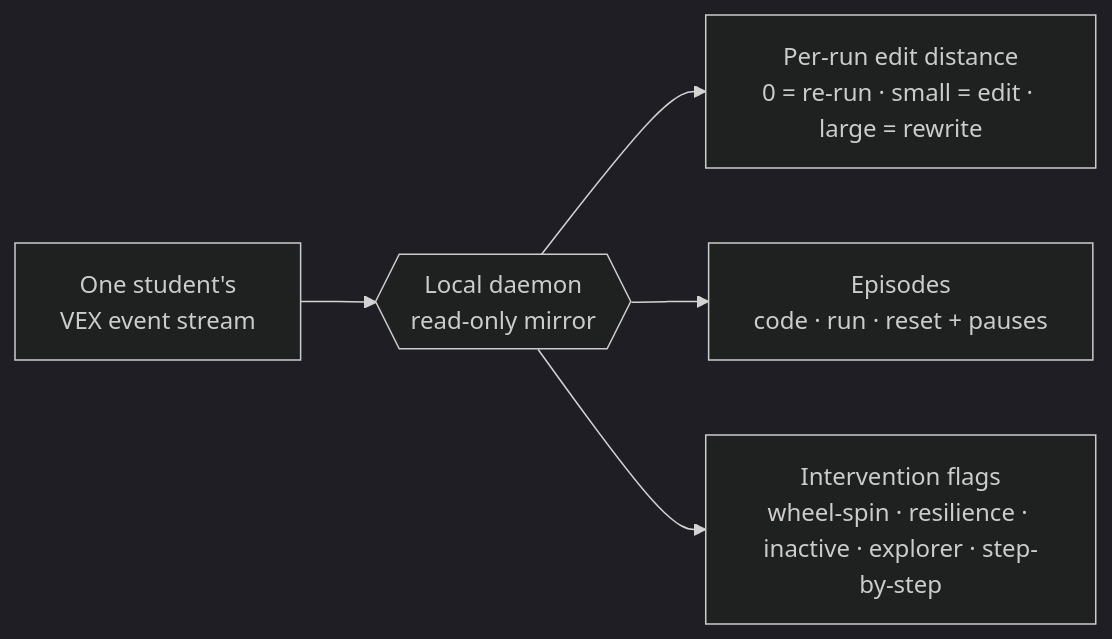
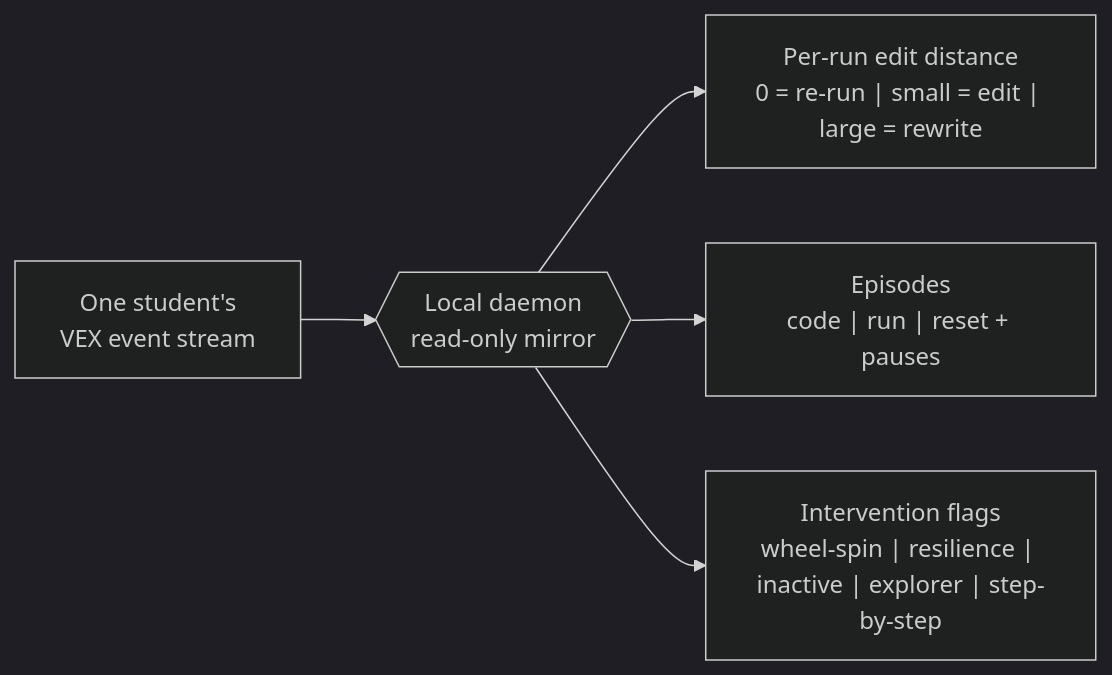
The second of 2 diagrams in docs/index.md (InviteInstitute/lm-dashboard), drawn with Mermaid (dark theme) before and after one commit. The commit also changed 5 other files, not shown here.

First line of the commit message:
Drop the interpunct separator from docs diagrams and prose

````diff
--- a/docs/index.md
+++ b/docs/index.md
@@ -47,7 +47,7 @@
 ```mermaid
 flowchart LR
     ev["One student's<br/>VEX event stream"] --> d{{"Local daemon<br/>read-only mirror"}}
-    d --> strat["Per-run edit distance<br/>0 = re-run · small = edit · large = rewrite"]
-    d --> epi["Episodes<br/>code · run · reset + pauses"]
-    d --> flags["Intervention flags<br/>wheel-spin · resilience · inactive · explorer · step-by-step"]
+    d --> strat["Per-run edit distance<br/>0 = re-run | small = edit | large = rewrite"]
+    d --> epi["Episodes<br/>code | run | reset + pauses"]
+    d --> flags["Intervention flags<br/>wheel-spin | resilience | inactive | explorer | step-by-step"]
 ```
````
